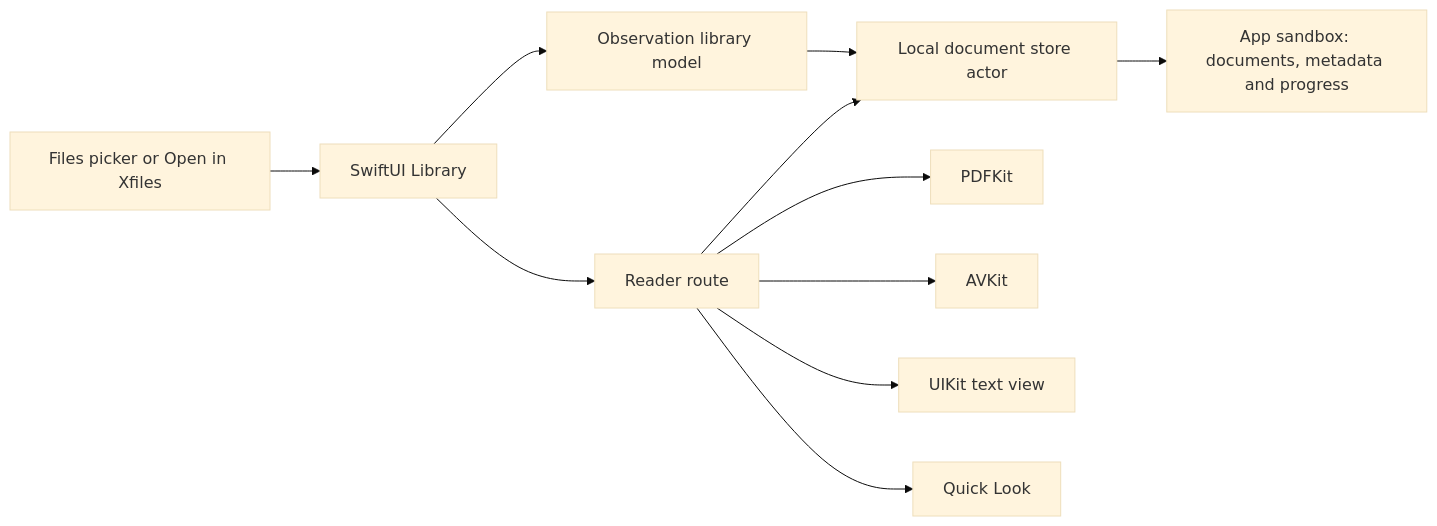
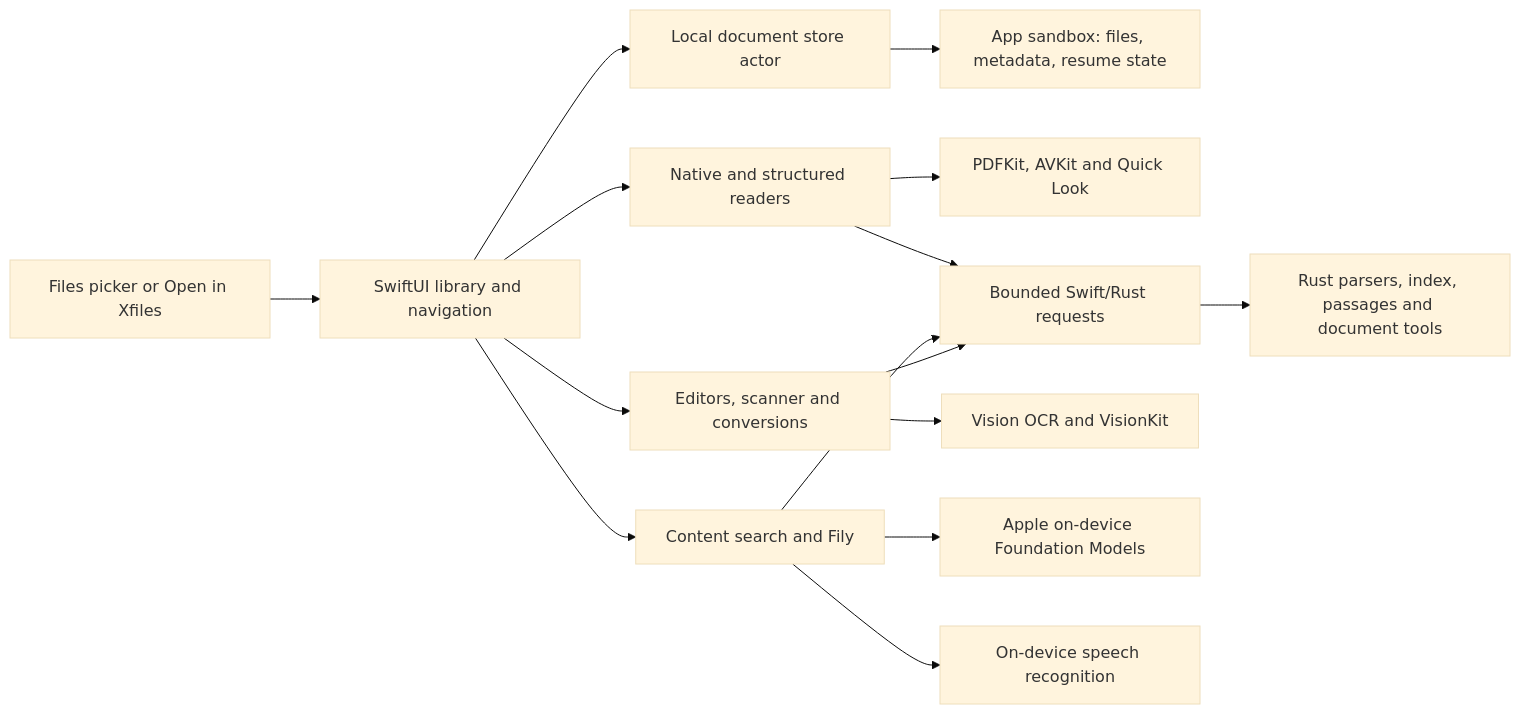
The diagram in docs/IOS_ARCHITECTURE.md (kishore-bot/X-Files), drawn with Mermaid (base theme) before and after one commit. The commit also changed other lines of this file and 36 other files, not shown here.

First line of the commit message:
Expand iOS readers, document tools, and offline Fily

````diff
--- a/docs/IOS_ARCHITECTURE.md
+++ b/docs/IOS_ARCHITECTURE.md
@@ -7,13 +7,17 @@
 ```mermaid
 flowchart LR
-    Files["Files picker or Open in Xfiles"] --> Library["SwiftUI Library"]
-    Library --> Model["Observation library model"]
-    Model --> Store["Local document store actor"]
-    Store --> Disk["App sandbox: documents, metadata and progress"]
-    Library --> Reader["Reader route"]
-    Reader --> PDF["PDFKit"]
-    Reader --> Media["AVKit"]
-    Reader --> Text["UIKit text view"]
-    Reader --> QuickLook["Quick Look"]
-    Reader --> Store
+    Files["Files picker or Open in Xfiles"] --> Library["SwiftUI library and navigation"]
+    Library --> Store["Local document store actor"]
+    Store --> Disk["App sandbox: files, metadata, resume state"]
+    Library --> Reader["Native and structured readers"]
+    Library --> Search["Content search and Fily"]
+    Library --> Tools["Editors, scanner and conversions"]
+    Reader --> Apple["PDFKit, AVKit and Quick Look"]
+    Reader --> Bridge["Bounded Swift/Rust requests"]
+    Search --> Bridge
+    Tools --> Bridge
+    Tools --> Vision["Vision OCR and VisionKit"]
+    Bridge --> Engine["Rust parsers, index, passages and document tools"]
+    Search --> Model["Apple on-device Foundation Models"]
+    Search --> Speech["On-device speech recognition"]
 ```
````
